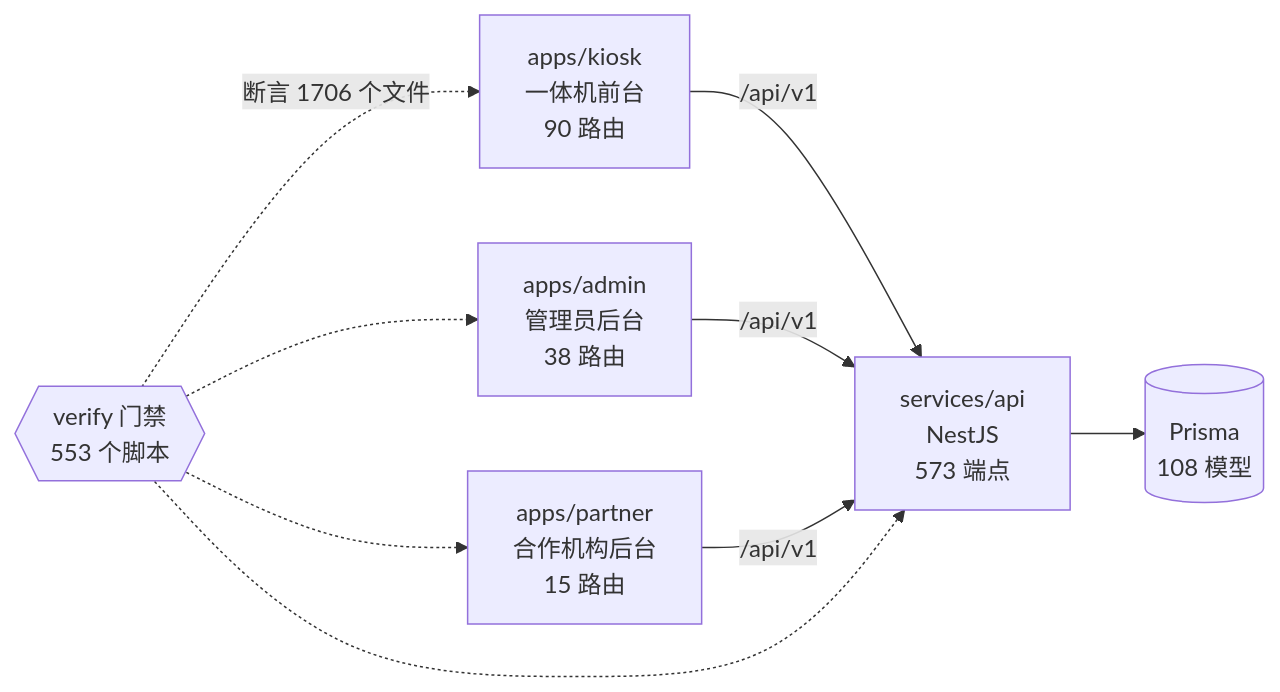
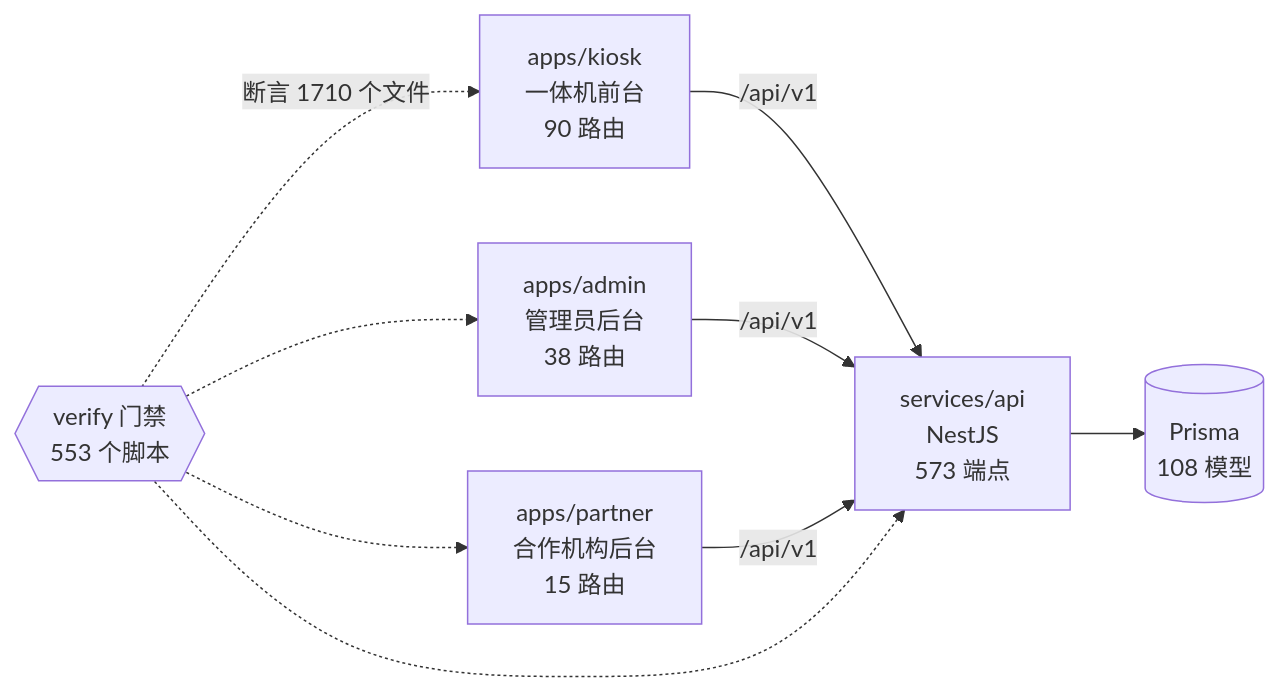
The diagram in docs/graph/README.md (wanglei581/YITIJI), drawn with Mermaid before and after one commit. The commit also changed other lines of this file and 1 other file, not shown here.

Commit message:
chore(graph): regenerate after merging candidate

````diff
--- a/docs/graph/README.md
+++ b/docs/graph/README.md
@@ -68,18 +68,18 @@
 ```mermaid
 flowchart LR
   kiosk["apps/kiosk<br/>一体机前台<br/>90 路由"]
   admin["apps/admin<br/>管理员后台<br/>38 路由"]
   partner["apps/partner<br/>合作机构后台<br/>15 路由"]
   api["services/api<br/>NestJS<br/>573 端点"]
   db[("Prisma<br/>108 模型")]
   gates{{"verify 门禁<br/>553 个脚本"}}
 
   kiosk -->|"/api/v1"| api
   admin -->|"/api/v1"| api
   partner -->|"/api/v1"| api
   api --> db
-  gates -.->|"断言 1706 个文件"| kiosk
+  gates -.->|"断言 1710 个文件"| kiosk
   gates -.-> admin
   gates -.-> partner
   gates -.-> api
 ```
````
